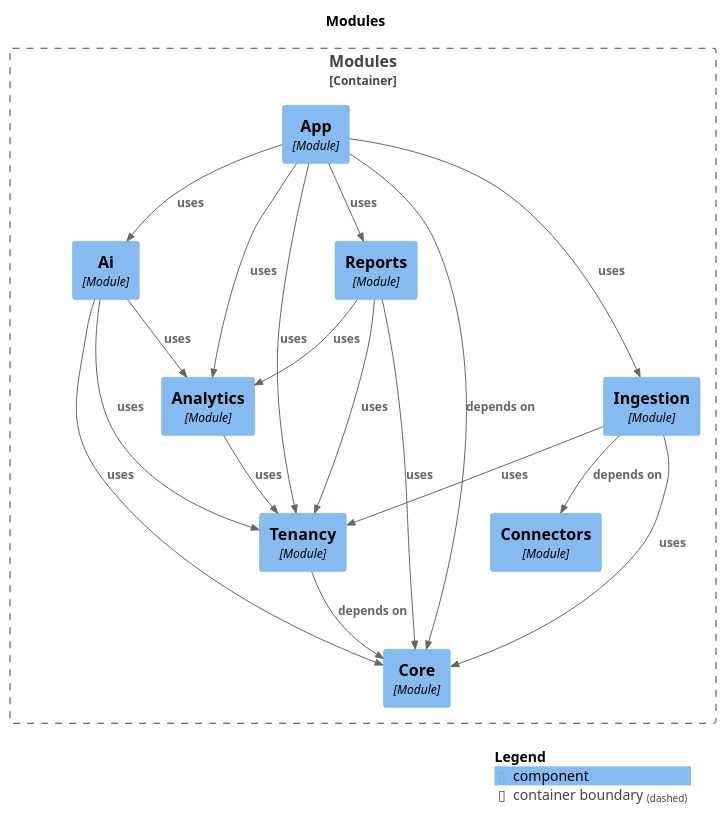
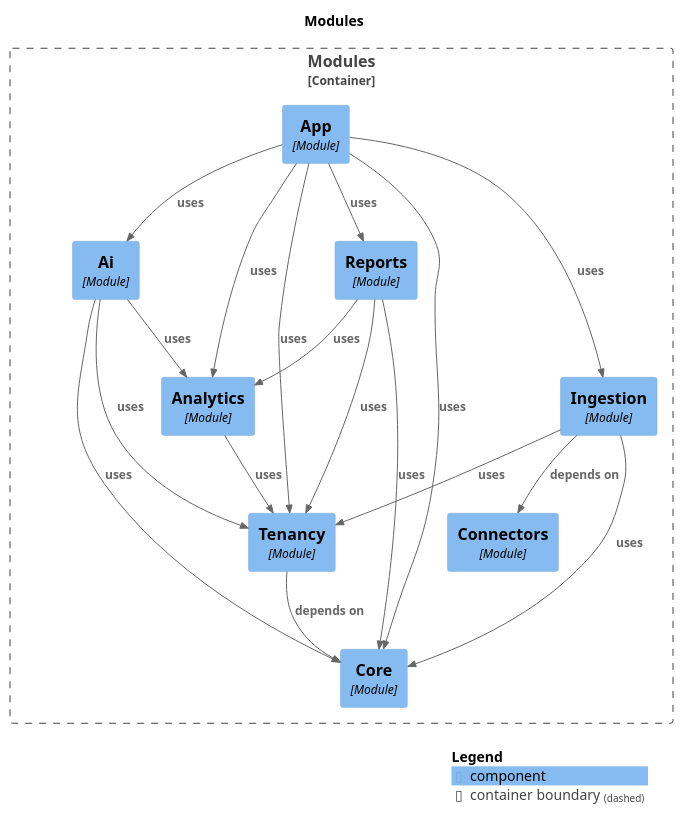
The diagram in docs/architecture/generated/modulith/components.puml (aliemrahpekesen/eKingProducitivtyMeter), drawn with PlantUML before and after one commit. The commit also changed 22 other files, not shown here.

```diff
--- a/docs/architecture/generated/modulith/components.puml
+++ b/docs/architecture/generated/modulith/components.puml
@@ -1,41 +1,41 @@
 @startuml
 set separator none
 title Modules
 
 top to bottom direction
 
 !include <C4/C4>
 !include <C4/C4_Context>
 !include <C4/C4_Component>
 
 Container_Boundary("Modules.Modules_boundary", "Modules", $tags="") {
   Component(Modules.Modules.Tenancy, "Tenancy", $techn="Module", $descr="", $tags="", $link="")
   Component(Modules.Modules.Ai, "Ai", $techn="Module", $descr="", $tags="", $link="")
   Component(Modules.Modules.Analytics, "Analytics", $techn="Module", $descr="", $tags="", $link="")
   Component(Modules.Modules.App, "App", $techn="Module", $descr="", $tags="", $link="")
   Component(Modules.Modules.Connectors, "Connectors", $techn="Module", $descr="", $tags="", $link="")
   Component(Modules.Modules.Core, "Core", $techn="Module", $descr="", $tags="", $link="")
   Component(Modules.Modules.Ingestion, "Ingestion", $techn="Module", $descr="", $tags="", $link="")
   Component(Modules.Modules.Reports, "Reports", $techn="Module", $descr="", $tags="", $link="")
 }
 
 Rel(Modules.Modules.Ai, Modules.Modules.Tenancy, "uses", $techn="", $tags="", $link="")
 Rel(Modules.Modules.Ai, Modules.Modules.Analytics, "uses", $techn="", $tags="", $link="")
 Rel(Modules.Modules.Ai, Modules.Modules.Core, "uses", $techn="", $tags="", $link="")
-Rel(Modules.Modules.Analytics, Modules.Modules.Tenancy, "uses", $techn="", $tags="", $link="")
-Rel(Modules.Modules.App, Modules.Modules.Core, "depends on", $techn="", $tags="", $link="")
 Rel(Modules.Modules.App, Modules.Modules.Ingestion, "uses", $techn="", $tags="", $link="")
 Rel(Modules.Modules.App, Modules.Modules.Tenancy, "uses", $techn="", $tags="", $link="")
 Rel(Modules.Modules.App, Modules.Modules.Ai, "uses", $techn="", $tags="", $link="")
 Rel(Modules.Modules.App, Modules.Modules.Reports, "uses", $techn="", $tags="", $link="")
 Rel(Modules.Modules.App, Modules.Modules.Analytics, "uses", $techn="", $tags="", $link="")
+Rel(Modules.Modules.App, Modules.Modules.Core, "uses", $techn="", $tags="", $link="")
+Rel(Modules.Modules.Ingestion, Modules.Modules.Connectors, "depends on", $techn="", $tags="", $link="")
+Rel(Modules.Modules.Ingestion, Modules.Modules.Tenancy, "uses", $techn="", $tags="", $link="")
+Rel(Modules.Modules.Ingestion, Modules.Modules.Core, "uses", $techn="", $tags="", $link="")
 Rel(Modules.Modules.Reports, Modules.Modules.Analytics, "uses", $techn="", $tags="", $link="")
 Rel(Modules.Modules.Reports, Modules.Modules.Tenancy, "uses", $techn="", $tags="", $link="")
 Rel(Modules.Modules.Reports, Modules.Modules.Core, "uses", $techn="", $tags="", $link="")
-Rel(Modules.Modules.Ingestion, Modules.Modules.Connectors, "depends on", $techn="", $tags="", $link="")
-Rel(Modules.Modules.Ingestion, Modules.Modules.Tenancy, "uses", $techn="", $tags="", $link="")
-Rel(Modules.Modules.Ingestion, Modules.Modules.Core, "uses", $techn="", $tags="", $link="")
 Rel(Modules.Modules.Tenancy, Modules.Modules.Core, "depends on", $techn="", $tags="", $link="")
+Rel(Modules.Modules.Analytics, Modules.Modules.Tenancy, "uses", $techn="", $tags="", $link="")
 
 SHOW_LEGEND(true)
 @enduml
```
